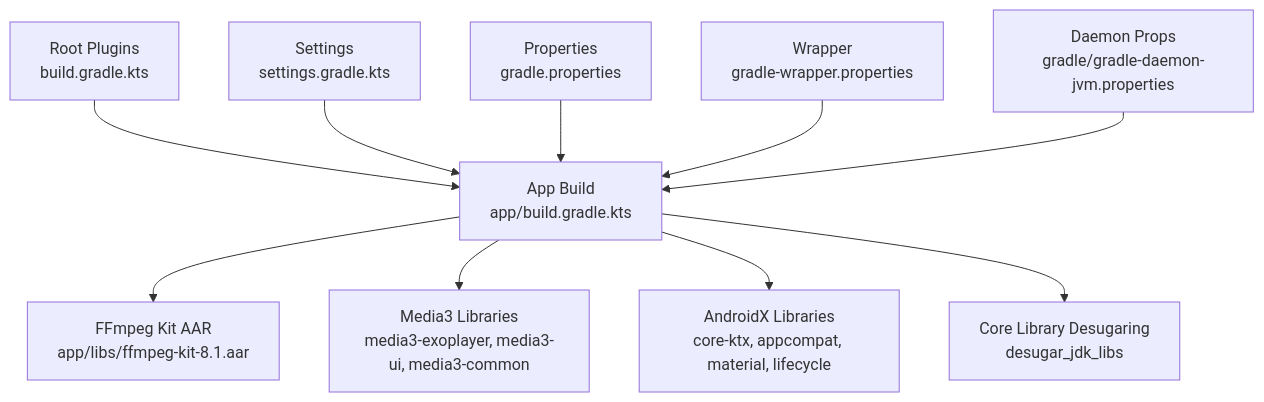
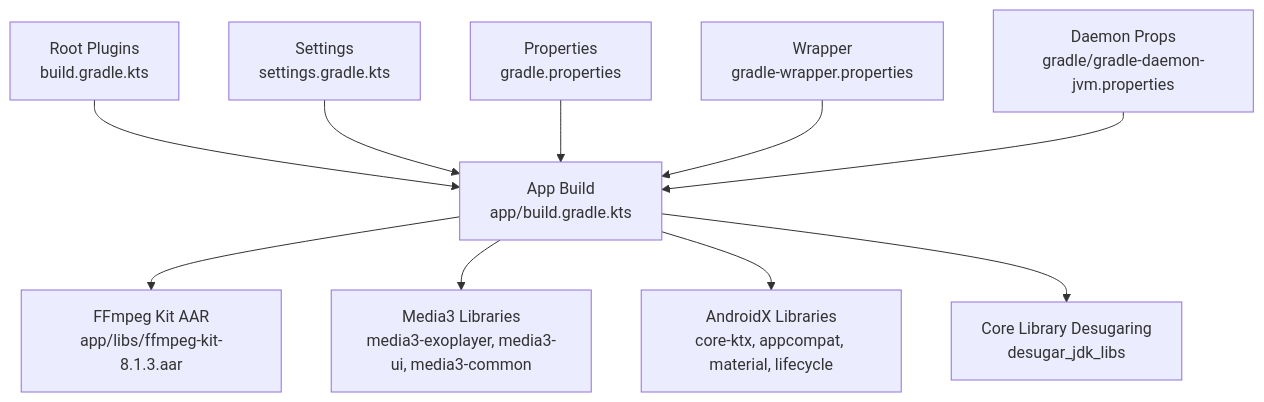
Before and after one commit to pisces312/StreamClip: the fourth of 4 diagrams in .qoder/repowiki/en/content/Build and Configuration/Gradle Build System.md, drawn with Mermaid. The commit also changed 10 other files, not shown here.

First line of the commit message:
build(ffmpeg): 升级到自编译 ffmpeg-kit 8.1.3

````diff
--- a/.qoder/repowiki/en/content/Build and Configuration/Gradle Build System.md
+++ b/.qoder/repowiki/en/content/Build and Configuration/Gradle Build System.md
@@ -259,12 +259,12 @@
 ```mermaid
 graph TB
 RootPlugins["Root Plugins<br/>build.gradle.kts"] --> AppBuild["App Build<br/>app/build.gradle.kts"]
 Settings["Settings<br/>settings.gradle.kts"] --> AppBuild
 Props["Properties<br/>gradle.properties"] --> AppBuild
 Wrapper["Wrapper<br/>gradle-wrapper.properties"] --> AppBuild
 DaemonProps["Daemon Props<br/>gradle/gradle-daemon-jvm.properties"] --> AppBuild
-AppBuild --> FFmpegKit["FFmpeg Kit AAR<br/>app/libs/ffmpeg-kit-8.1.aar"]
+AppBuild --> FFmpegKit["FFmpeg Kit AAR<br/>app/libs/ffmpeg-kit-8.1.3.aar"]
 AppBuild --> Media3["Media3 Libraries<br/>media3-exoplayer, media3-ui, media3-common"]
 AppBuild --> AndroidX["AndroidX Libraries<br/>core-ktx, appcompat, material, lifecycle"]
 AppBuild --> Desugaring["Core Library Desugaring<br/>desugar_jdk_libs"]
 ```
````
